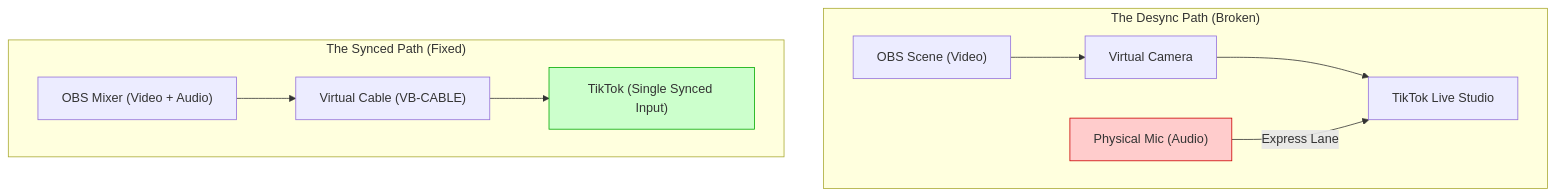
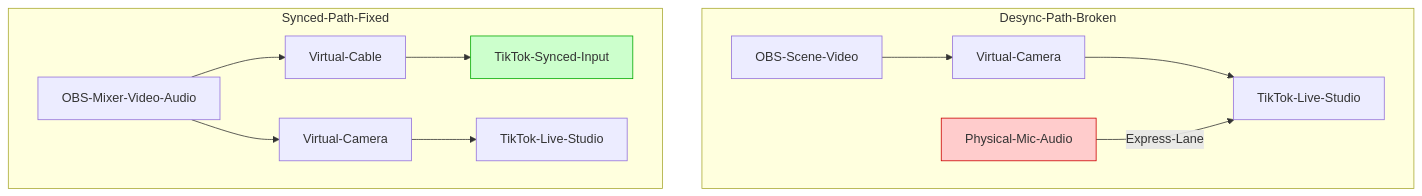
Before and after one commit to littl3-boat/ttwise: the diagram in data/blog/obs-audio-desync-tiktok-live-path-fix-2026.mdx, drawn with Mermaid. The commit also changed 35 other files, not shown here.

First line of the commit message:
feat: fix Mermaid diagram syntax across blog posts and add new Reddit-sourced blog entries

````diff
--- a/data/blog/obs-audio-desync-tiktok-live-path-fix-2026.mdx
+++ b/data/blog/obs-audio-desync-tiktok-live-path-fix-2026.mdx
@@ -24,14 +24,16 @@
 ```mermaid
-graph TD
-    subgraph "The Desync Path (Broken)"
-        A["OBS Scene (Video)"] --> B["Virtual Camera"]
-        B --> C["TikTok Live Studio"]
-        D["Physical Mic (Audio)"] -- "Express Lane" --> C
+flowchart TD
+    subgraph Desync-Path-Broken
+        A[OBS-Scene-Video] --> B[Virtual-Camera]
+        B --> C[TikTok-Live-Studio]
+        D[Physical-Mic-Audio] -- Express-Lane --> C
     end
-    subgraph "The Synced Path (Fixed)"
-        E["OBS Mixer (Video + Audio)"] --> F["Virtual Cable (VB-CABLE)"]
-        F --> G["TikTok (Single Synced Input)"]
+    subgraph Synced-Path-Fixed
+        E[OBS-Mixer-Video-Audio] --> F[Virtual-Cable]
+        E --> H[Virtual-Camera]
+        F --> G[TikTok-Synced-Input]
+        H --> I[TikTok-Live-Studio]
     end
     style D fill:#ffcccc,stroke:#cc0000
     style G fill:#ccffcc,stroke:#00aa00
 ```
````
